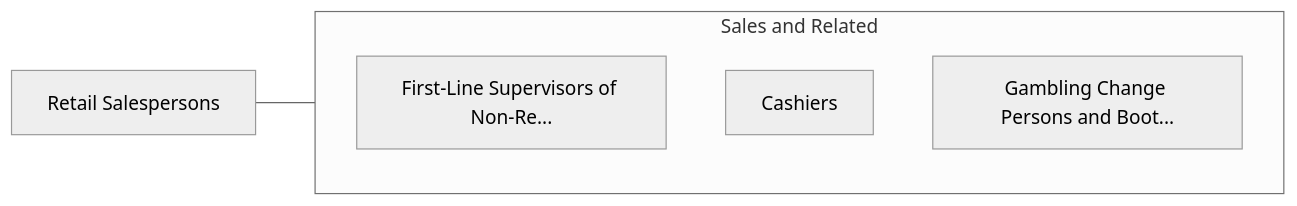
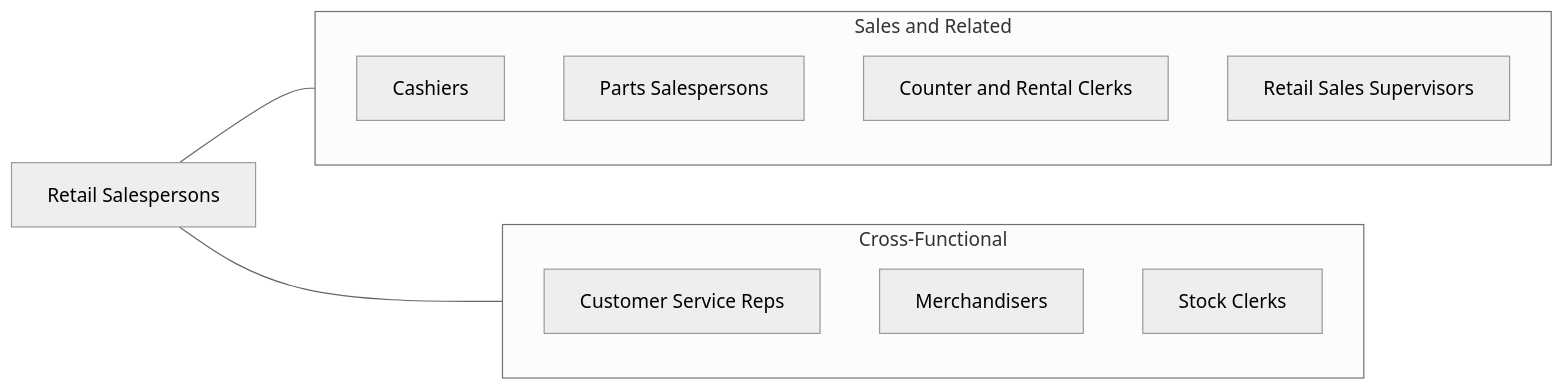
One commit to kziemski/business.org.ai changed the fourth of 4 diagrams in occupations/Sales/RetailSalespersons.mdx. Above: the diagram before and after it, drawn with Mermaid (neutral theme). The commit also changed other lines of this file and 938 other files, not shown here.

````diff
--- a/occupations/Sales/RetailSalespersons.mdx
+++ b/occupations/Sales/RetailSalespersons.mdx
@@ -108,13 +169,20 @@
 ```mermaid
 graph LR
     Current["Retail Salespersons"]
 
     subgraph SameCategory["Sales and Related"]
-        FirstLineSupervisors["First-Line Supervisors of Retail..."]
-        FirstLineSupervisors["First-Line Supervisors of Non-Re..."]
         Cashiers["Cashiers"]
-        GamblingChangePerson["Gambling Change Persons and Boot..."]
+        PartsSales["Parts Salespersons"]
+        CounterClerks["Counter and Rental Clerks"]
+        RetailSup["Retail Sales Supervisors"]
+    end
+
+    subgraph CrossFunctional["Cross-Functional"]
+        CSR["Customer Service Reps"]
+        Merchandisers["Merchandisers"]
+        StockClerks["Stock Clerks"]
     end
 
     Current --- SameCategory
+    Current --- CrossFunctional
 ```
````
